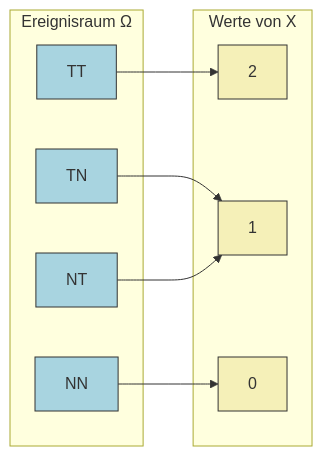
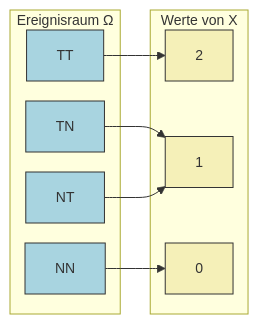
Before and after one commit to sebastiansauer/start-bayes: the second of 2 diagrams in 0300-Wskt.qmd, drawn with Mermaid. The commit also changed 1 other file, not shown here.

Commit message:
fix: Mermaid-Diagramme (Abb. 4.21, 5.8, 5.10) verkleinern
Abb. 4.21 (fig-zv) hatte keine fig-width und wurde dadurch im
HTML-Export viel zu groß und mit überdimensionierter Schrift
dargestellt. Abb. 5.8 (fig-baum-abh) und 5.10 (fig-tot-wskt) hatten
bereits fig-width gesetzt, aber ohne Font-Size-Korrektur blieb die
Schrift im Vergleich zum Fließtext viel zu groß.

Nutzt das aus den slides/*.qmd bereits bewährte Mermaid-Init-Muster
(themeVariables.fontSize + flowchart-Padding/Spacing), um die
Schriftgröße an den normalen Buchtext anzugleichen.

````diff
--- a/0300-Wskt.qmd
+++ b/0300-Wskt.qmd
@@ -1137,26 +1137,28 @@
 ```{mermaid}
 %%| label: fig-zv
 %%| fig-cap: Eine Zufallsvariable ist eine Zuordnung der Ereignisse zu einer reellen Zahl (nach einer bestimmten Regel)
+%%| fig-width: 4
+%%{init: {'themeVariables': {'fontSize': '14px'}, 'flowchart': {'diagramPadding': 10, 'nodeSpacing': 20, 'rankSpacing': 30}}}%%
 flowchart LR
   subgraph O["Ereignisraum Ω"]
     TT
     TN
     NT
     NN
   end
   subgraph W["Werte von X"]
     zwei["2"]
     eins["1"]
     null["0"]
   end
 
   TT --> zwei
   TN --> eins
   NT --> eins
   NN --> null
 
   classDef ereignis fill:#a8d4e0,stroke:#333,stroke-width:1px;
   classDef wert fill:#f5f0b8,stroke:#333,stroke-width:1px;
   class TT,TN,NT,NN ereignis;
   class zwei,eins,null wert;
 ```
````
